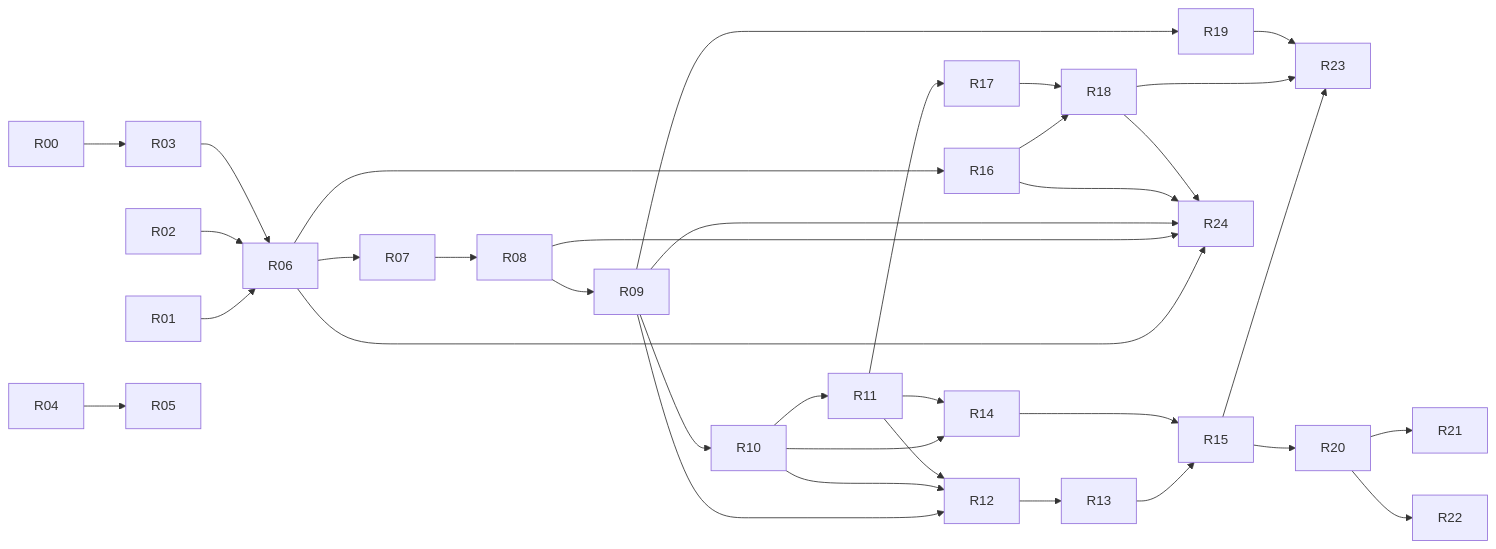
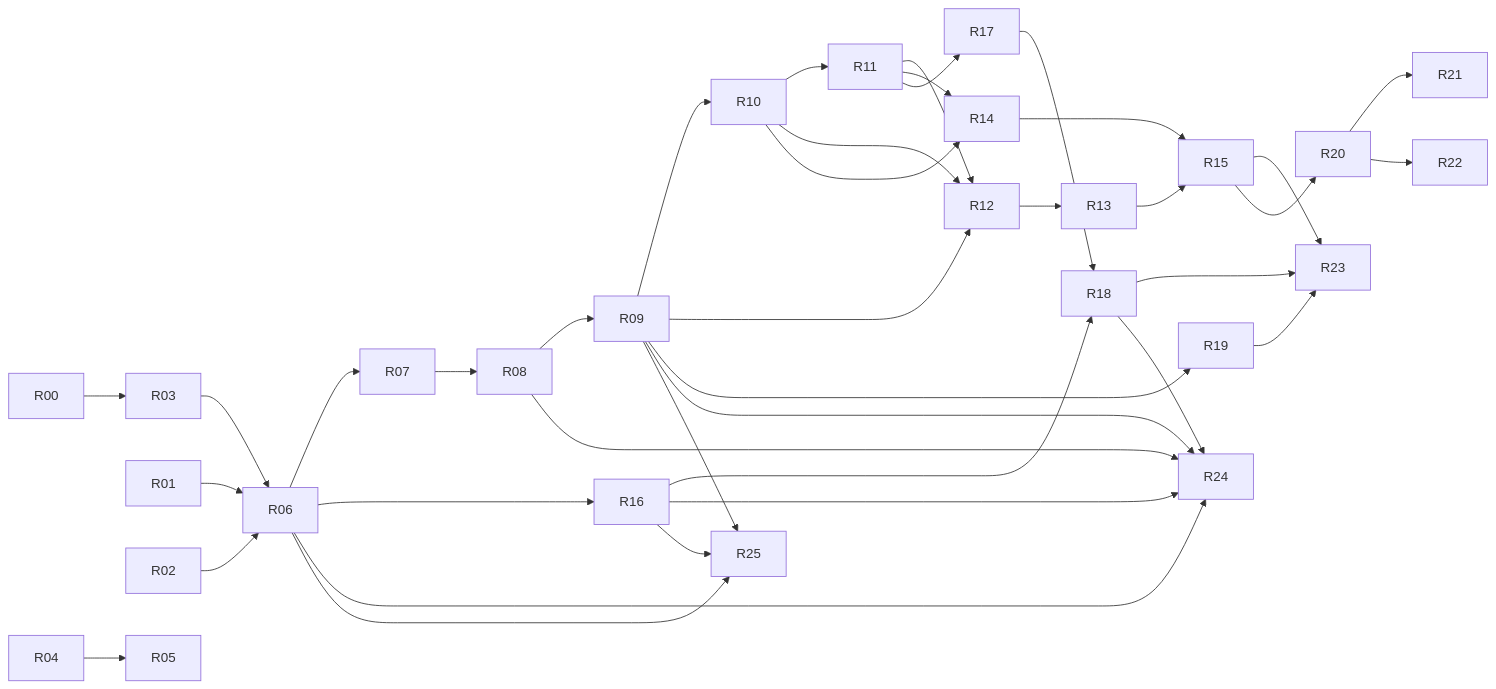
Before and after one commit to FOUNDUPS/Foundups-Agent: the second of 2 diagrams in ROADMAP.md, drawn with Mermaid. The commit also changed other lines of this file and 14 other files, not shown here.

First line of the commit message:
docs(roadmap): specify bounded teams and consented RedDog feedback

````diff
--- a/ROADMAP.md
+++ b/ROADMAP.md
@@ -171,31 +177,34 @@
 ```mermaid
 flowchart LR
     R00 --> R03
     R01 --> R06
     R02 --> R06
     R03 --> R06
     R06 --> R07 --> R08 --> R09 --> R10 --> R11
     R04 --> R05
     R09 --> R12
     R10 --> R12
     R11 --> R12 --> R13
     R10 --> R14
     R11 --> R14
     R13 --> R15
     R14 --> R15
     R06 --> R16
     R11 --> R17
     R16 --> R18
     R17 --> R18
     R09 --> R19
     R15 --> R23
     R18 --> R23
     R19 --> R23
     R15 --> R20 --> R21
     R20 --> R22
     R06 --> R24
     R08 --> R24
     R09 --> R24
     R16 --> R24
     R18 --> R24
+    R06 --> R25
+    R09 --> R25
+    R16 --> R25
 ```
````
